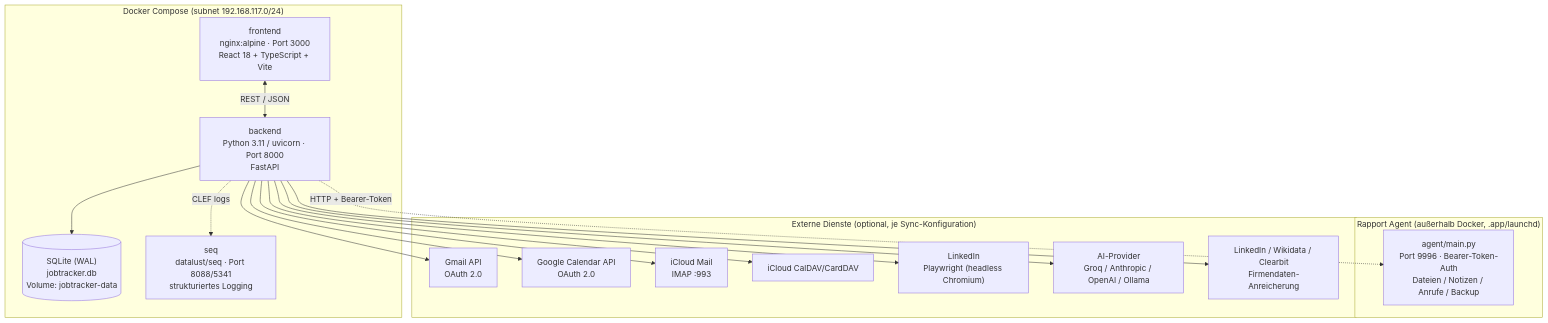
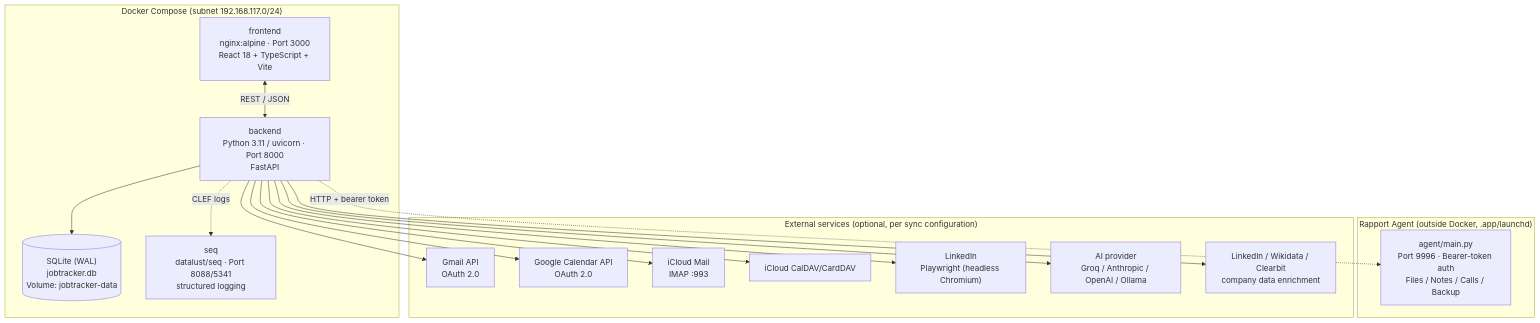
One commit to EGulinsky/rapport changed the first of 9 diagrams in docs/ARCHITECTURE.md. Above: the diagram before and after it, drawn with Mermaid. The commit also changed other lines of this file and 6 other files, not shown here.

````diff
--- a/docs/ARCHITECTURE.md
+++ b/docs/ARCHITECTURE.md
@@ -24,35 +24,35 @@
 ```mermaid
 flowchart TB
     subgraph Docker["Docker Compose (subnet 192.168.117.0/24)"]
         FE["frontend<br/>nginx:alpine · Port 3000<br/>React 18 + TypeScript + Vite"]
         BE["backend<br/>Python 3.11 / uvicorn · Port 8000<br/>FastAPI"]
         DB[("SQLite (WAL)<br/>jobtracker.db<br/>Volume: jobtracker-data")]
-        SEQ["seq<br/>datalust/seq · Port 8088/5341<br/>strukturiertes Logging"]
+        SEQ["seq<br/>datalust/seq · Port 8088/5341<br/>structured logging"]
         FE <-->|"REST / JSON"| BE
         BE --> DB
         BE -.->|"CLEF logs"| SEQ
     end
 
-    subgraph Agent["Rapport Agent (außerhalb Docker, .app/launchd)"]
-        AgentSvc["agent/main.py<br/>Port 9996 · Bearer-Token-Auth<br/>Dateien / Notizen / Anrufe / Backup"]
+    subgraph Agent["Rapport Agent (outside Docker, .app/launchd)"]
+        AgentSvc["agent/main.py<br/>Port 9996 · Bearer-token auth<br/>Files / Notes / Calls / Backup"]
     end
 
-    subgraph External["Externe Dienste (optional, je Sync-Konfiguration)"]
+    subgraph External["External services (optional, per sync configuration)"]
         Gmail["Gmail API<br/>OAuth 2.0"]
         GCal["Google Calendar API<br/>OAuth 2.0"]
         ICloudMail["iCloud Mail<br/>IMAP :993"]
         ICloudCal["iCloud CalDAV/CardDAV"]
         LinkedIn["LinkedIn<br/>Playwright (headless Chromium)"]
-        AIProvider["AI-Provider<br/>Groq / Anthropic / OpenAI / Ollama"]
-        Enrichment["LinkedIn / Wikidata / Clearbit<br/>Firmendaten-Anreicherung"]
+        AIProvider["AI provider<br/>Groq / Anthropic / OpenAI / Ollama"]
+        Enrichment["LinkedIn / Wikidata / Clearbit<br/>company data enrichment"]
     end
 
     BE --> Gmail
     BE --> GCal
     BE --> ICloudMail
     BE --> ICloudCal
     BE --> LinkedIn
     BE --> AIProvider
     BE --> Enrichment
-    BE -.->|"HTTP + Bearer-Token"| AgentSvc
+    BE -.->|"HTTP + bearer token"| AgentSvc
 ```
````
